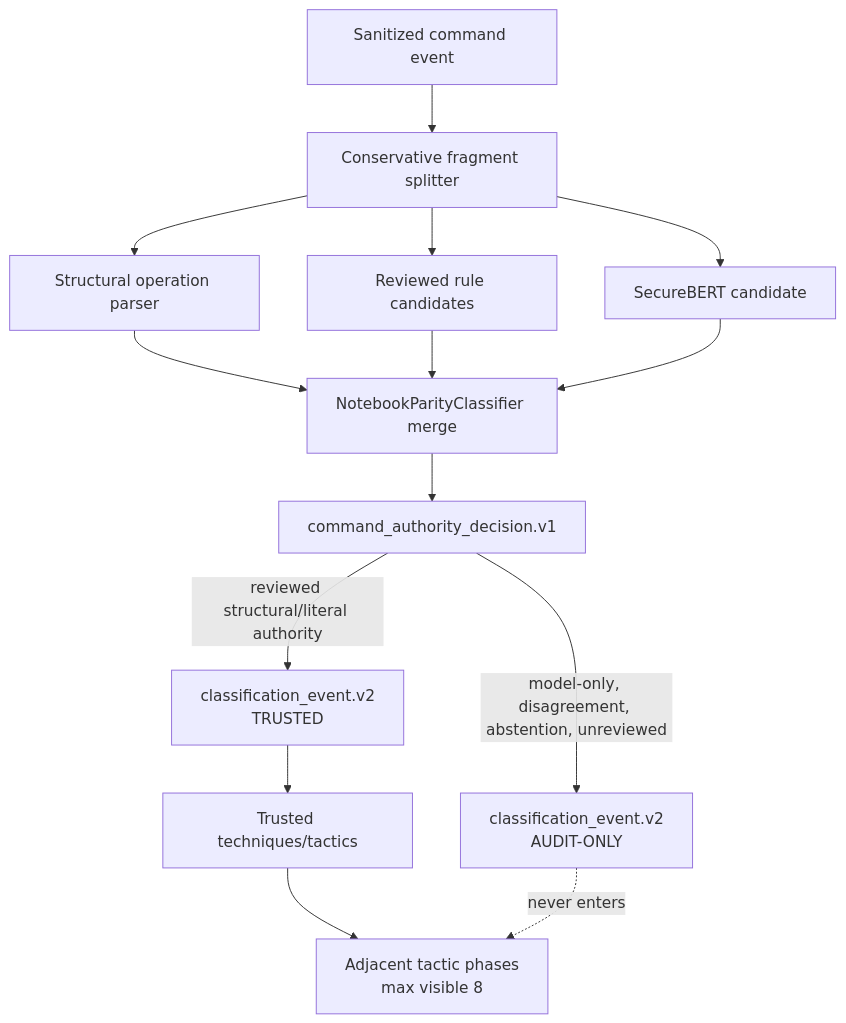
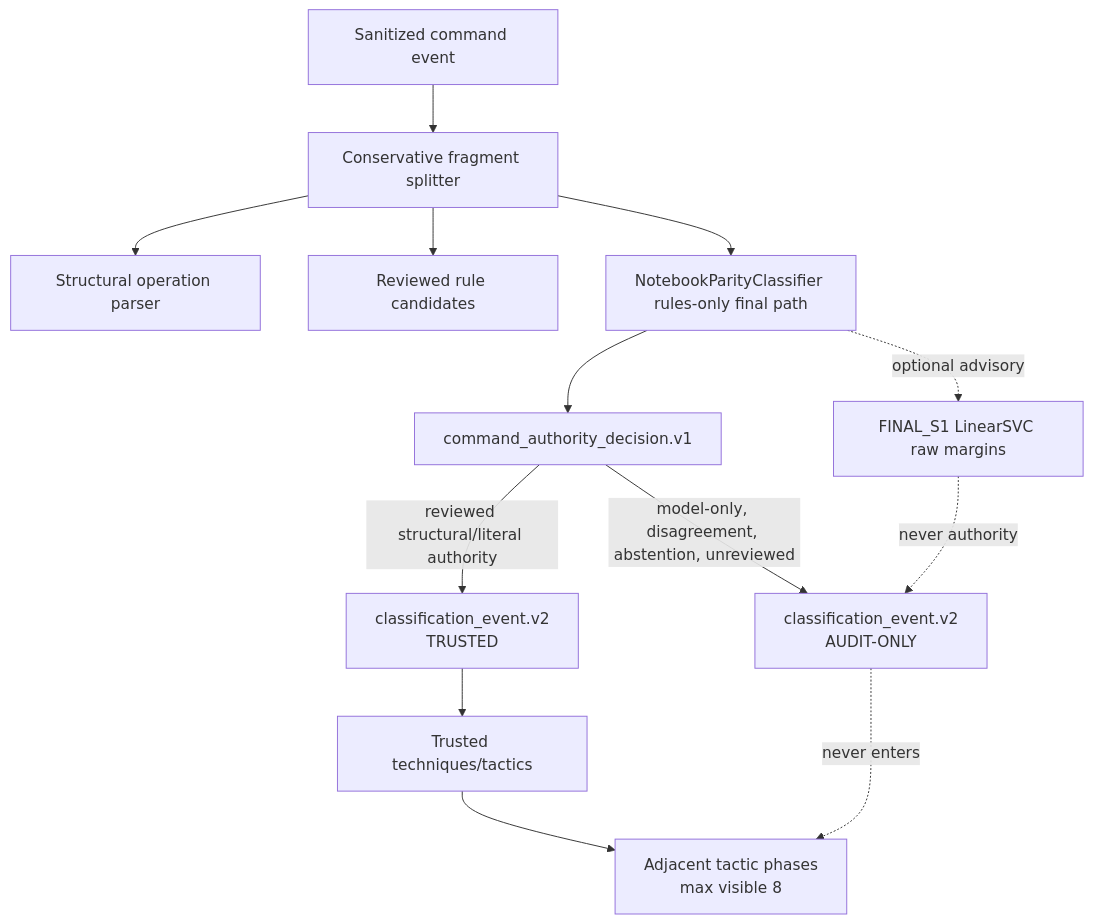
Before and after one commit to siridet-su/proactive-threat-intelligence-honeypot: the fifth of 7 diagrams in honeypot-analysis/CURRENT_SYSTEM_FULL_TECHNICAL_DOCUMENTATION.md, drawn with Mermaid. The commit also changed other lines of this file and 7 other files, not shown here.

Commit message:
Align production learned model to FINAL_S1 advisory path

````diff
--- a/honeypot-analysis/CURRENT_SYSTEM_FULL_TECHNICAL_DOCUMENTATION.md
+++ b/honeypot-analysis/CURRENT_SYSTEM_FULL_TECHNICAL_DOCUMENTATION.md
@@ -906,14 +1139,15 @@
 ```mermaid
 flowchart TD
     C[Sanitized command event] --> S[Conservative fragment splitter]
     S --> P[Structural operation parser]
     S --> R[Reviewed rule candidates]
-    S --> B[SecureBERT candidate]
-    P & R & B --> M[NotebookParityClassifier merge]
+    S --> M[NotebookParityClassifier rules-only final path]
     M --> A[command_authority_decision.v1]
     A -->|reviewed structural/literal authority| T[classification_event.v2\nTRUSTED]
     A -->|model-only, disagreement, abstention, unreviewed| O[classification_event.v2\nAUDIT-ONLY]
     T --> TP[Trusted techniques/tactics]
     TP --> PH[Adjacent tactic phases\nmax visible 8]
     O -. never enters .-> PH
+    M -. optional advisory .-> S1[FINAL_S1 LinearSVC raw margins]
+    S1 -. never authority .-> O
 ```
````
